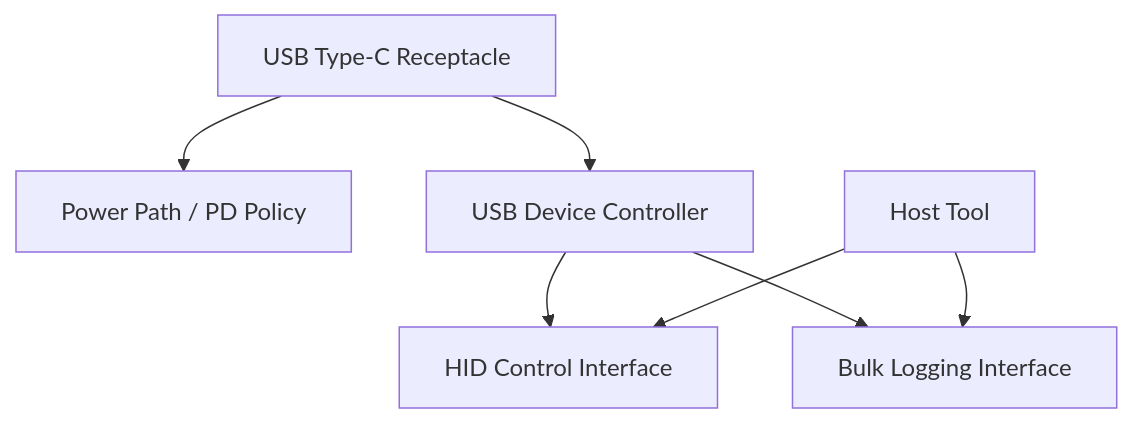
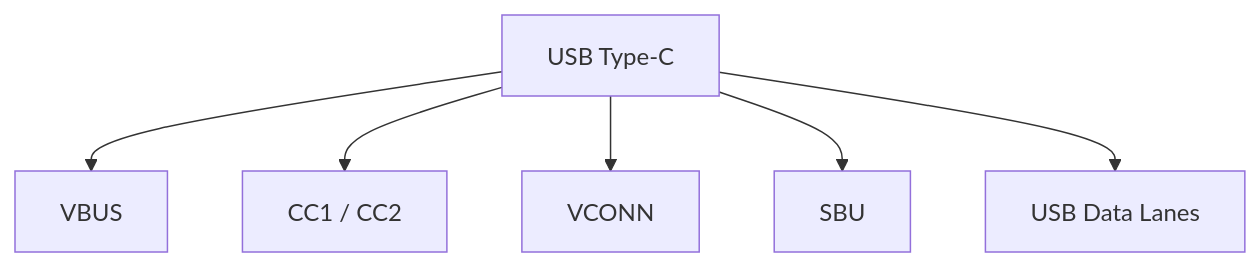
The ninth of 13 diagrams in books/usb-from-spec/figures-final.md (goura32/techbook), drawn with Mermaid before and after one commit. The commit also changed other lines of this file and 38 other files, not shown here.

````diff
--- a/books/usb-from-spec/figures-final.md
+++ b/books/usb-from-spec/figures-final.md
@@ -97,9 +168,8 @@
 ```mermaid
 flowchart TD
-  A["USB Type-C Receptacle"] --> B["Power Path / PD Policy"]
-  A --> C["USB Device Controller"]
-  C --> D["HID Control Interface"]
-  C --> E["Bulk Logging Interface"]
-  F["Host Tool"] --> D
-  F --> E
+  A["USB Type-C"] --> B["VBUS"]
+  A --> C["CC1 / CC2"]
+  A --> D["VCONN"]
+  A --> E["SBU"]
+  A --> F["USB Data Lanes"]
 ```
````
